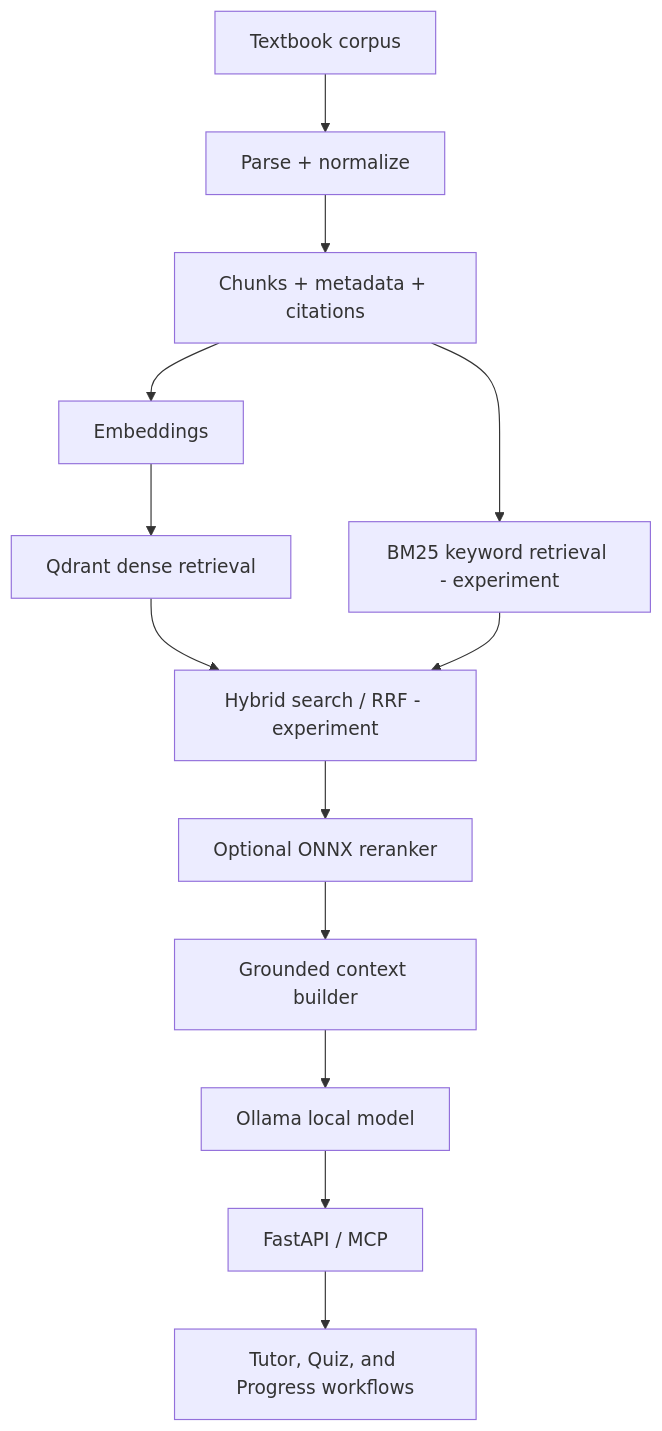
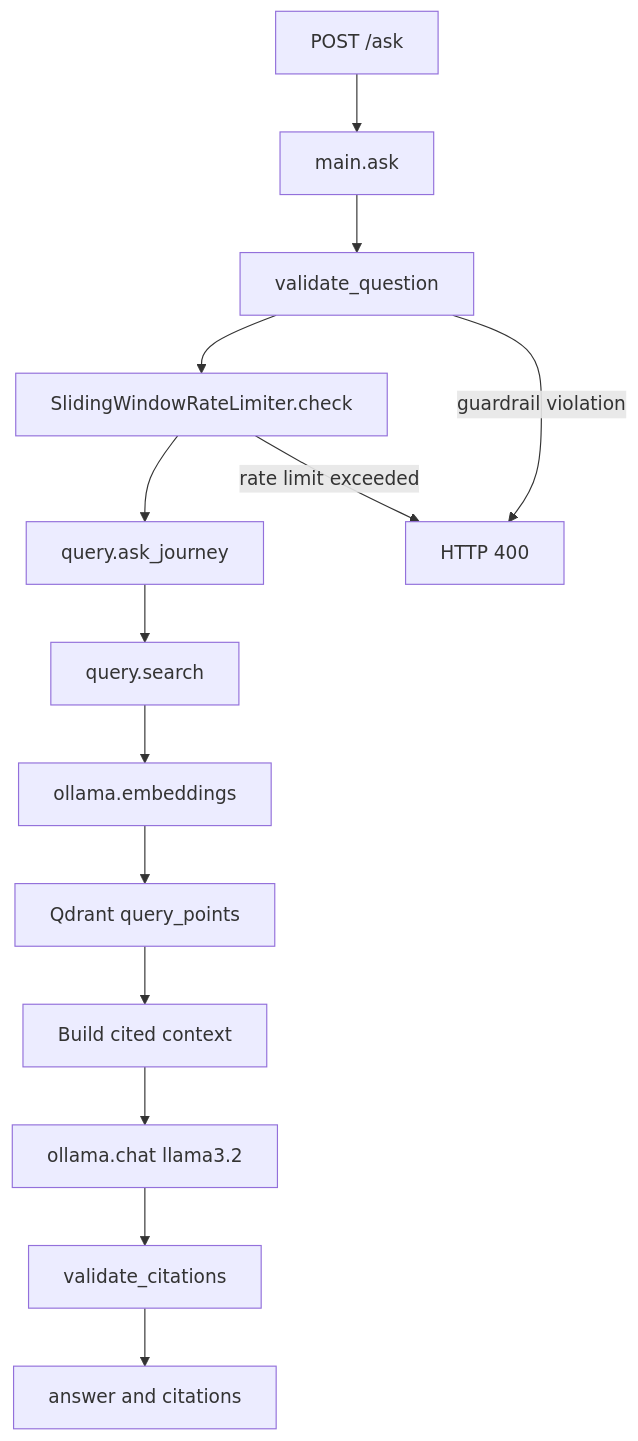
One commit to sumanthreddy369/Journey_RAG changed the third of 6 diagrams in README.md. Above: the diagram before and after it, drawn with Mermaid. The commit also changed other lines of this file and 3 other files, not shown here.

Commit message:
docs: map repository flows and agent guidance

````diff
--- a/README.md
+++ b/README.md
@@ -14,15 +112,16 @@
 ```mermaid
 flowchart TD
-    A[Textbook corpus] --> B[Parse + normalize]
-    B --> C[Chunks + metadata + citations]
-    C --> D[Embeddings]
-    D --> E[Qdrant dense retrieval]
-    C --> F[BM25 keyword retrieval - experiment]
-    E --> G[Hybrid search / RRF - experiment]
-    F --> G
-    G --> H[Optional ONNX reranker]
-    H --> I[Grounded context builder]
-    I --> J[Ollama local model]
-    J --> K[FastAPI / MCP]
-    K --> L[Tutor, Quiz, and Progress workflows]
+    A[POST /ask] --> B[main.ask]
+    B --> C[validate_question]
+    C --> D[SlidingWindowRateLimiter.check]
+    D --> E[query.ask_journey]
+    E --> F[query.search]
+    F --> G[ollama.embeddings]
+    G --> H[Qdrant query_points]
+    H --> I[Build cited context]
+    I --> J[ollama.chat llama3.2]
+    J --> K[validate_citations]
+    K --> L[answer and citations]
+    C -->|guardrail violation| M[HTTP 400]
+    D -->|rate limit exceeded| M
 ```
````
